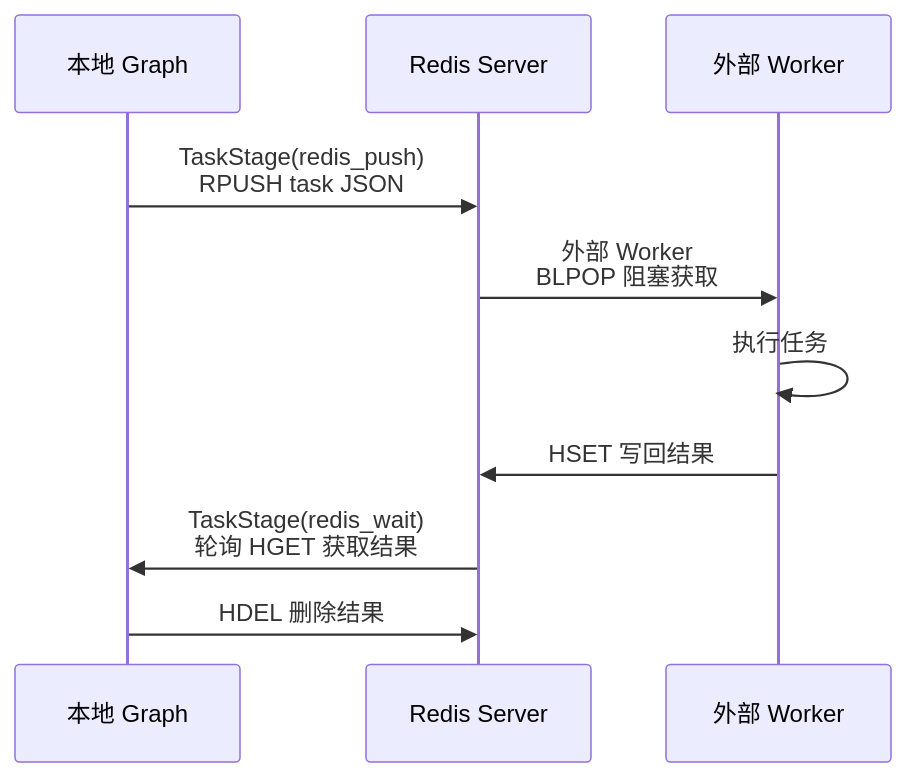
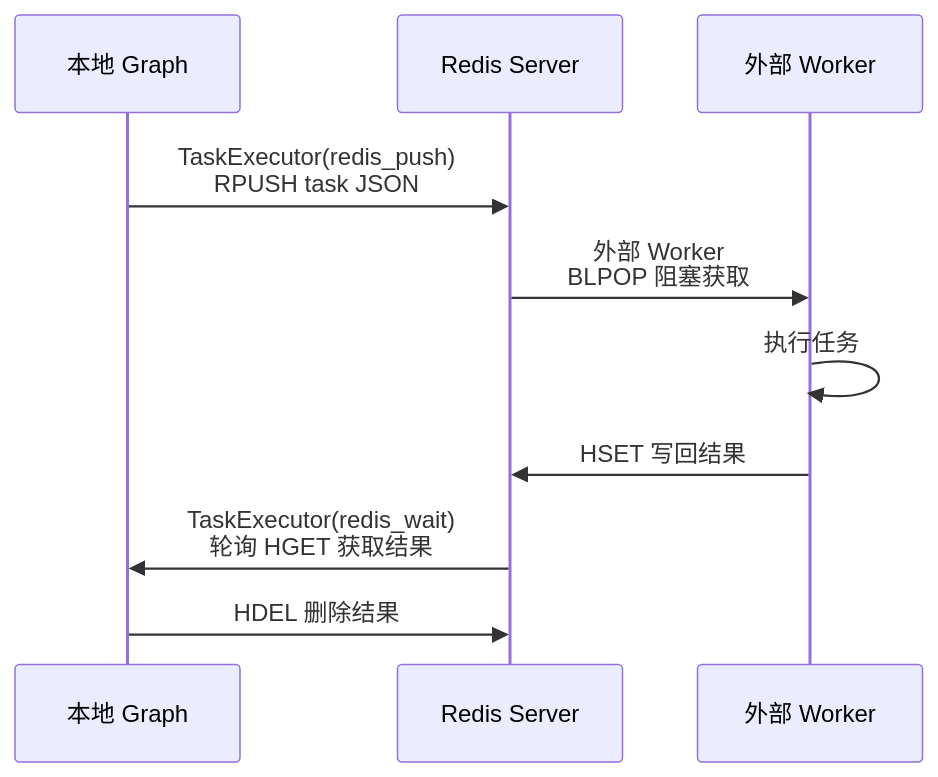
One commit to Mr-xiaotian/CelestialFlow changed the fifth of 9 diagrams in docs/zh-CN/presentation.md. Above: the diagram before and after it, drawn with Mermaid. The commit also changed other lines of this file and 80 other files, not shown here.

````diff
--- a/docs/zh-CN/presentation.md
+++ b/docs/zh-CN/presentation.md
@@ -280,13 +278,13 @@
 ```mermaid
 sequenceDiagram
     participant Local as 本地 Graph
     participant Redis as Redis Server
     participant Remote as 外部 Worker
 
-    Local->>Redis: TaskStage(redis_push)<br/>RPUSH task JSON
+    Local->>Redis: TaskExecutor(redis_push)<br/>RPUSH task JSON
     Redis->>Remote: 外部 Worker<br/>BLPOP 阻塞获取
     Remote->>Remote: 执行任务
     Remote->>Redis: HSET 写回结果
-    Redis->>Local: TaskStage(redis_wait)<br/>轮询 HGET 获取结果
+    Redis->>Local: TaskExecutor(redis_wait)<br/>轮询 HGET 获取结果
     Local->>Redis: HDEL 删除结果
 ```
````
